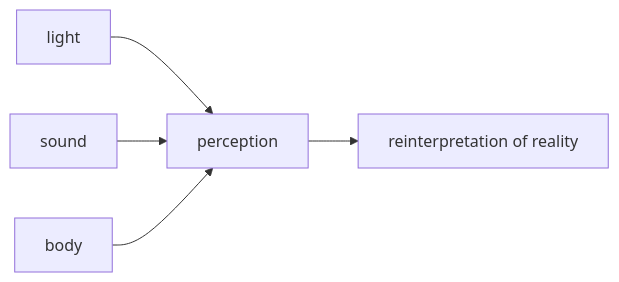
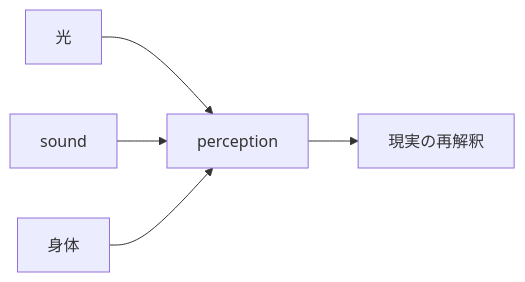
One commit to monumental-movement/monumental-movement.github.io changed the diagram in en/_posts/2026-04-25-column-olafur-eliasson.md. Above: the diagram before and after it, drawn with Mermaid. The commit also changed other lines of this file and 1012 other files, not shown here.

```diff
--- a/en/_posts/2026-04-25-column-olafur-eliasson.md
+++ b/en/_posts/2026-04-25-column-olafur-eliasson.md
@@ -146,7 +146,7 @@
 <div class="mermaid">
 flowchart LR
-A[light] --> D[perception]
+A[光] --> D[perception]
 B[sound] --> D
-C[body] --> D
-D --> E[reinterpretation of reality]
+C[身体] --> D
+D --> E[現実の再解釈]
 </div>
```
